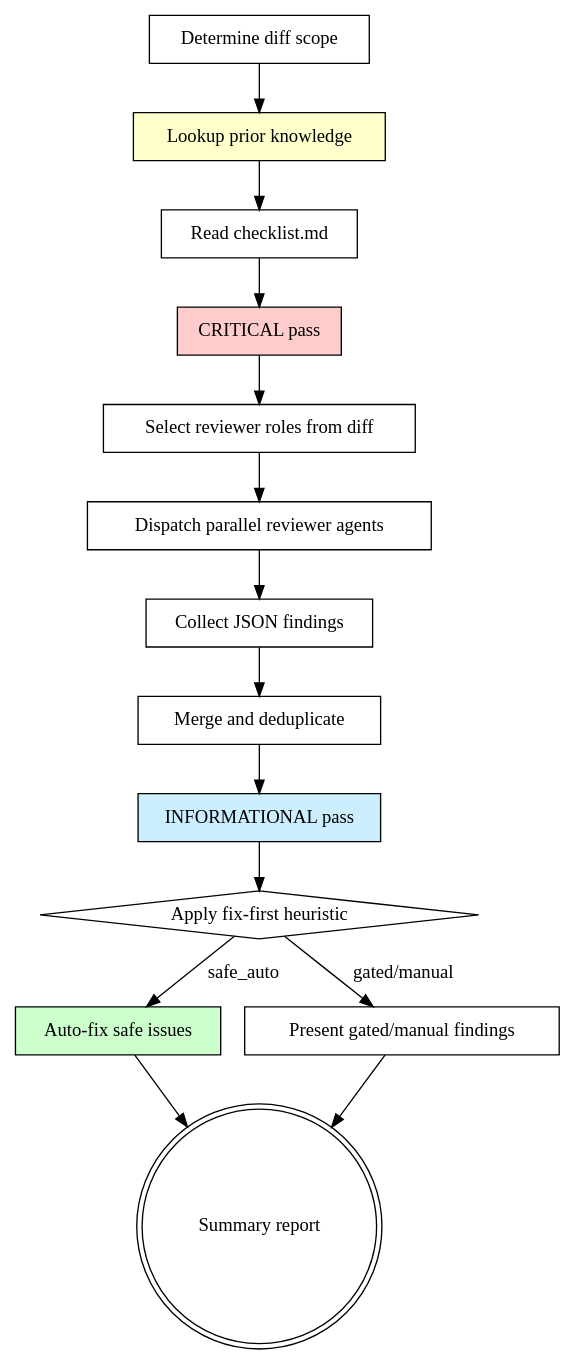
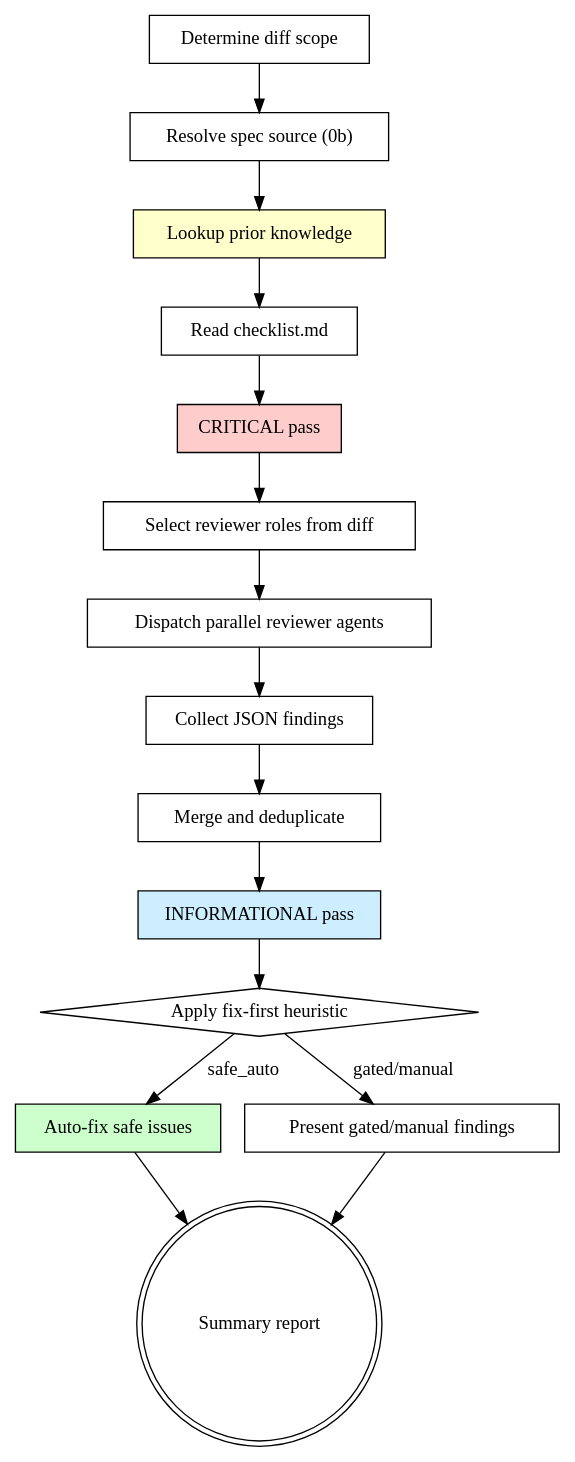
Before and after one commit to AndsGo/engineering-workflow-plugin: the diagram in skills/structured-review/SKILL.md, drawn with Graphviz. The commit also changed other lines of this file and 15 other files, not shown here.

````diff
--- a/skills/structured-review/SKILL.md
+++ b/skills/structured-review/SKILL.md
@@ -29,33 +29,35 @@
 ```dot
 digraph review {
     rankdir=TB;
 
     "Determine diff scope" [shape=box];
+    "Resolve spec source (0b)" [shape=box];
     "Lookup prior knowledge" [shape=box style=filled fillcolor="#ffffcc"];
     "Read checklist.md" [shape=box];
     "CRITICAL pass" [shape=box style=filled fillcolor="#ffcccc"];
     "Select reviewer roles from diff" [shape=box];
     "Dispatch parallel reviewer agents" [shape=box];
     "Collect JSON findings" [shape=box];
     "Merge and deduplicate" [shape=box];
     "INFORMATIONAL pass" [shape=box style=filled fillcolor="#cceeff"];
     "Apply fix-first heuristic" [shape=diamond];
     "Auto-fix safe issues" [shape=box style=filled fillcolor="#ccffcc"];
     "Present gated/manual findings" [shape=box];
     "Summary report" [shape=doublecircle];
 
-    "Determine diff scope" -> "Lookup prior knowledge";
+    "Determine diff scope" -> "Resolve spec source (0b)";
+    "Resolve spec source (0b)" -> "Lookup prior knowledge";
     "Lookup prior knowledge" -> "Read checklist.md";
     "Read checklist.md" -> "CRITICAL pass";
     "CRITICAL pass" -> "Select reviewer roles from diff";
     "Select reviewer roles from diff" -> "Dispatch parallel reviewer agents";
     "Dispatch parallel reviewer agents" -> "Collect JSON findings";
     "Collect JSON findings" -> "Merge and deduplicate";
     "Merge and deduplicate" -> "INFORMATIONAL pass";
     "INFORMATIONAL pass" -> "Apply fix-first heuristic";
     "Apply fix-first heuristic" -> "Auto-fix safe issues" [label="safe_auto"];
     "Apply fix-first heuristic" -> "Present gated/manual findings" [label="gated/manual"];
     "Auto-fix safe issues" -> "Summary report";
     "Present gated/manual findings" -> "Summary report";
 }
 ```
````
